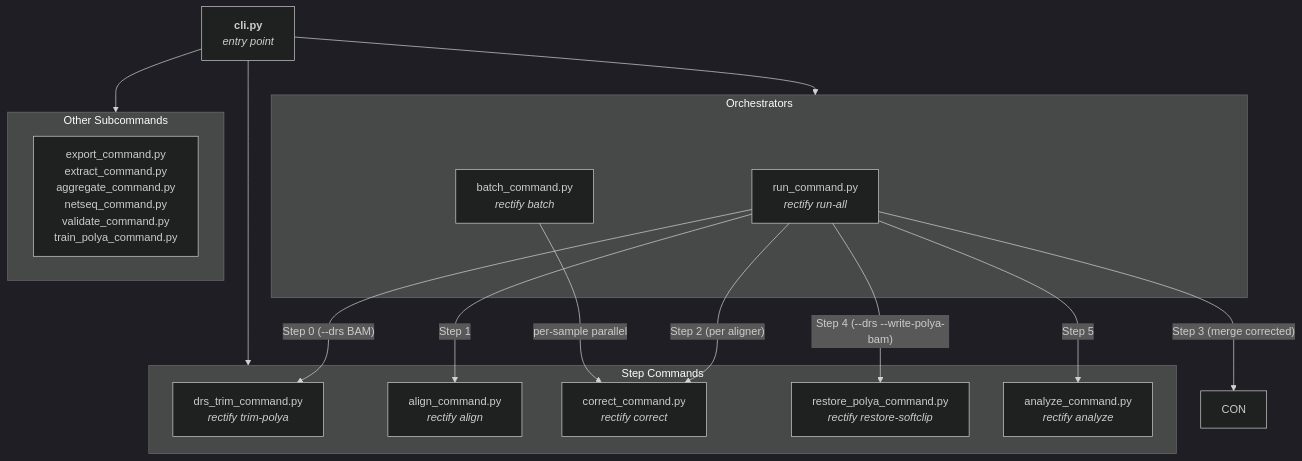
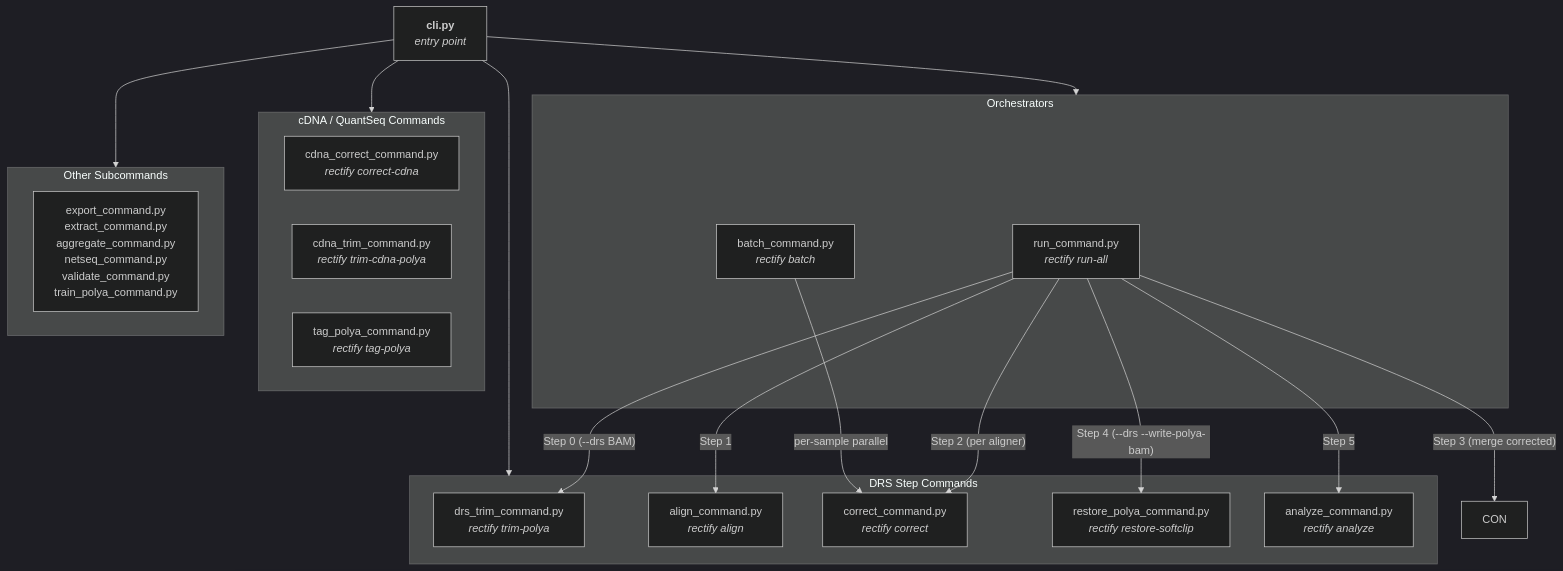
Before and after one commit to k-roy/RECTIFY: the first of 2 diagrams in docs/ARCHITECTURE.md, drawn with Mermaid (dark theme). The commit also changed other lines of this file and 11 other files, not shown here.

First line of the commit message:
fix(alignment)+docs: catch pysam AssertionError; expand ARCHITECTURE with cDNA pipeline

````diff
--- a/docs/ARCHITECTURE.md
+++ b/docs/ARCHITECTURE.md
@@ -212,34 +302,41 @@
 ```mermaid
 flowchart TD
     CLI["<b>cli.py</b><br/><i>entry point</i>"]
 
     subgraph orchestrators["Orchestrators"]
         RC["run_command.py<br/><i>rectify run-all</i>"]
         BC["batch_command.py<br/><i>rectify batch</i>"]
     end
 
-    subgraph commands["Step Commands"]
+    subgraph drs_commands["DRS Step Commands"]
         TC["drs_trim_command.py<br/><i>rectify trim-polya</i>"]
         AL["align_command.py<br/><i>rectify align</i>"]
         CC["correct_command.py<br/><i>rectify correct</i>"]
         RSC["restore_polya_command.py<br/><i>rectify restore-softclip</i>"]
         AC["analyze_command.py<br/><i>rectify analyze</i>"]
     end
 
+    subgraph cdna_commands["cDNA / QuantSeq Commands"]
+        CDNA["cdna_correct_command.py<br/><i>rectify correct-cdna</i>"]
+        CTRIM["cdna_trim_command.py<br/><i>rectify trim-cdna-polya</i>"]
+        TPOL["tag_polya_command.py<br/><i>rectify tag-polya</i>"]
+    end
+
     subgraph utilities["Other Subcommands"]
         EX["export_command.py<br/>extract_command.py<br/>aggregate_command.py<br/>netseq_command.py<br/>validate_command.py<br/>train_polya_command.py"]
     end
 
     CLI --> orchestrators
-    CLI --> commands
+    CLI --> drs_commands
+    CLI --> cdna_commands
     CLI --> utilities
 
     RC -->|"Step 0 (--drs BAM)"| TC
     RC -->|"Step 1"| AL
     RC -->|"Step 2 (per aligner)"| CC
     RC -->|"Step 3 (merge corrected)"| CON
     RC -->|"Step 4 (--drs --write-polya-bam)"| RSC
     RC -->|"Step 5"| AC
 
     BC -->|"per-sample parallel"| CC
 ```
````
